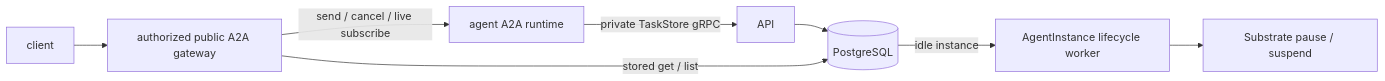
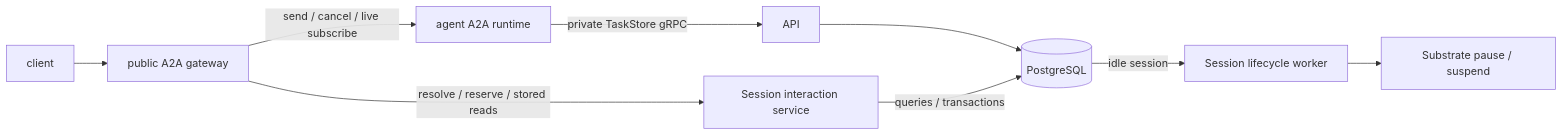
The diagram in docs/architecture/a2a-gateway.md (kagent-dev/kagent), drawn with Mermaid before and after one commit. The commit also changed other lines of this file and 418 other files, not shown here.

````diff
--- a/docs/architecture/a2a-gateway.md
+++ b/docs/architecture/a2a-gateway.md
@@ -26,10 +56,11 @@
 ```mermaid
 flowchart LR
-    CLIENT[client] --> GATEWAY[authorized public A2A gateway]
+    CLIENT[client] --> GATEWAY[public A2A gateway]
+    GATEWAY -->|resolve / reserve / stored reads| INTERACTIONS[Session interaction service]
     GATEWAY -->|send / cancel / live subscribe| RUNTIME[agent A2A runtime]
     RUNTIME -->|private TaskStore gRPC| API[API]
     API --> DB[(PostgreSQL)]
-    GATEWAY -->|stored get / list| DB
-    DB -->|idle instance| WORKER[AgentInstance lifecycle worker]
+    INTERACTIONS -->|queries / transactions| DB
+    DB -->|idle session| WORKER[Session lifecycle worker]
     WORKER --> SUBSTRATE[Substrate pause / suspend]
 ```
````
